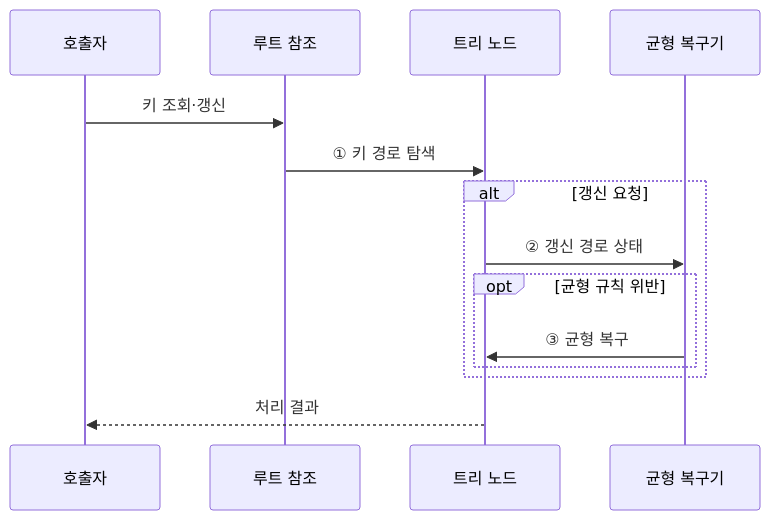
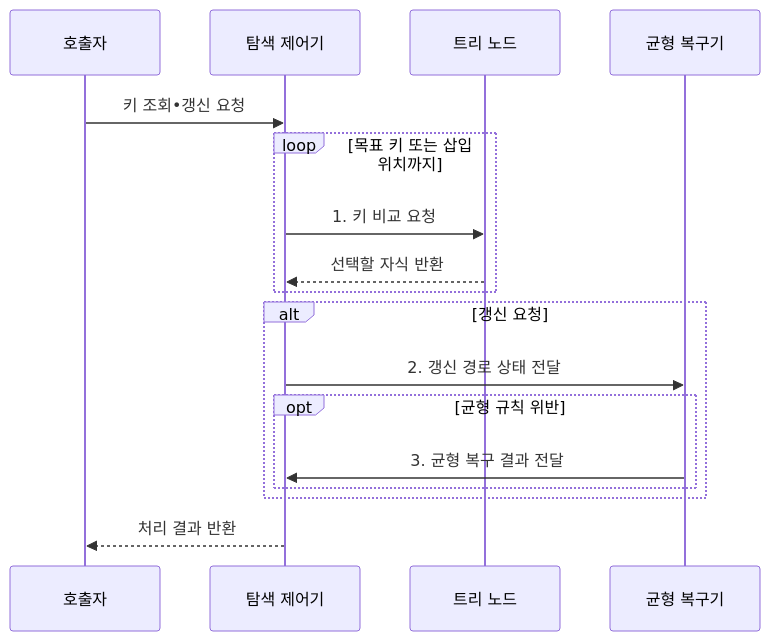
One commit to agnusdei1207/knowledge-base changed the third of 4 diagrams in src/content/docs/notes/01-basic-theory/008_tree_data_structures.md. Above: the diagram before and after it, drawn with Mermaid. The commit also changed other lines of this file and 20 other files, not shown here.

````diff
--- a/src/content/docs/notes/01-basic-theory/008_tree_data_structures.md
+++ b/src/content/docs/notes/01-basic-theory/008_tree_data_structures.md
@@ -101,16 +101,19 @@
 ```mermaid
 sequenceDiagram
     participant Q as 호출자
-    participant R as 루트 참조
+    participant T as 탐색 제어기
     participant N as 트리 노드
     participant B as 균형 복구기
-    Q->>R: 키 조회·갱신
-    R->>N: ① 키 경로 탐색
+    Q->>T: 키 조회•갱신 요청
+    loop 목표 키 또는 삽입 위치까지
+        T->>N: 1. 키 비교 요청
+        N-->>T: 선택할 자식 반환
+    end
     alt 갱신 요청
-        N->>B: ② 갱신 경로 상태
+        T->>B: 2. 갱신 경로 상태 전달
         opt 균형 규칙 위반
-            B->>N: ③ 균형 복구
+            B->>T: 3. 균형 복구 결과 전달
         end
     end
-    N-->>Q: 처리 결과
+    T-->>Q: 처리 결과 반환
 ```
````
